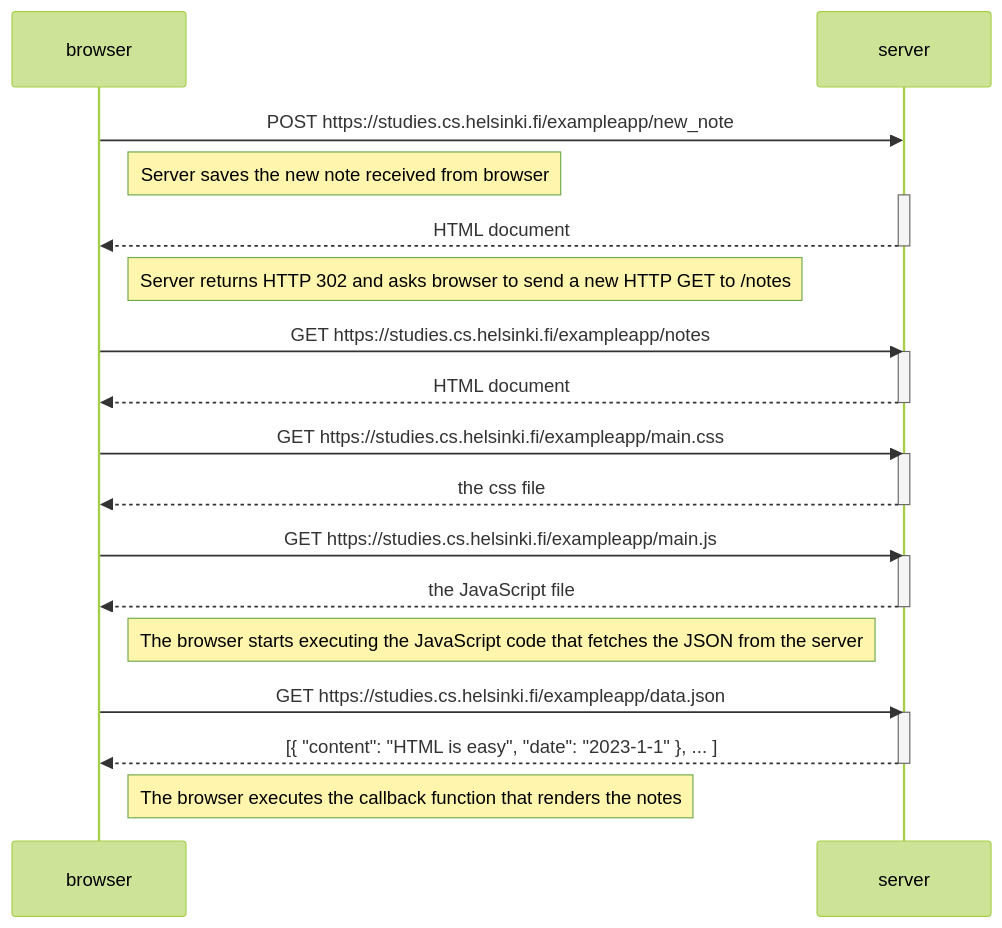
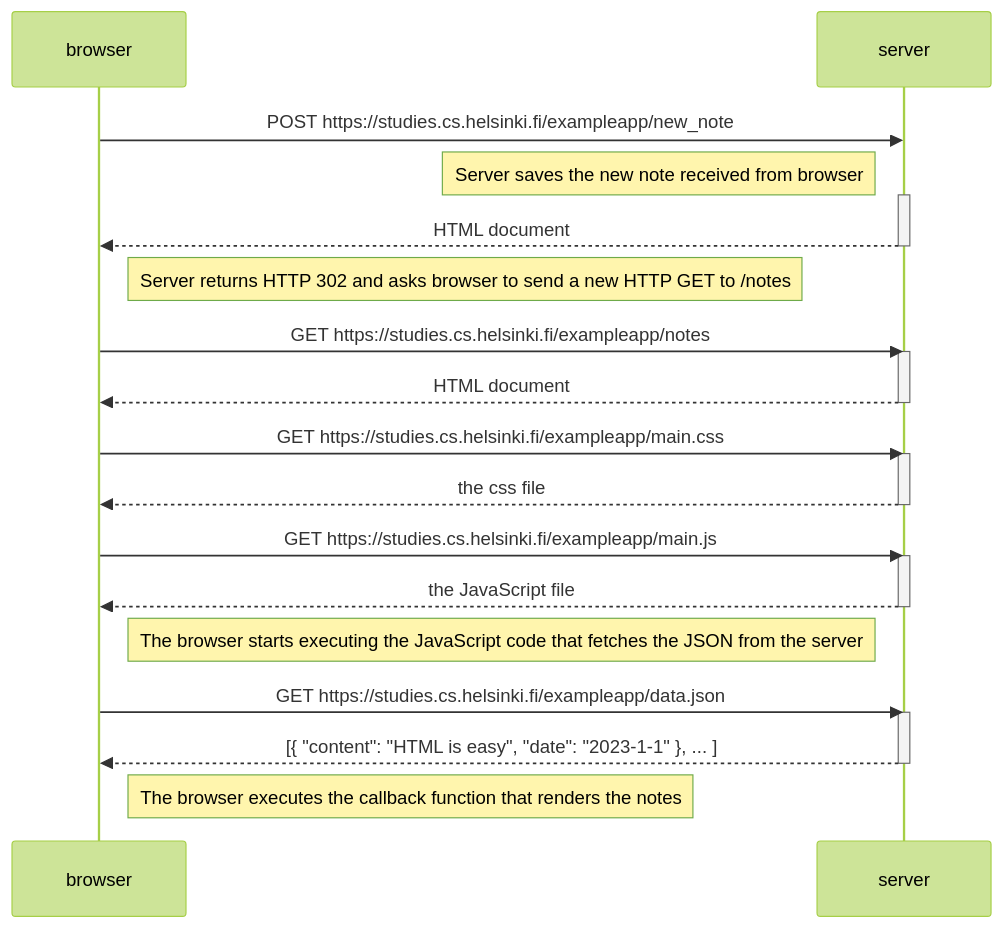
One commit to joonaspaavola/FullStackMOOC changed the diagram in Osa-0/0.4 Uusi muistiinpano.md. Above: the diagram before and after it, drawn with Mermaid (forest theme).

Commit message:
Update 0.4 Uusi muistiinpano.md

````diff
--- a/Osa-0/0.4 Uusi muistiinpano.md
+++ b/Osa-0/0.4 Uusi muistiinpano.md
@@ -1,39 +1,39 @@
 ```mermaid
 sequenceDiagram
     participant browser
     participant server
 
     browser->>server: POST https://studies.cs.helsinki.fi/exampleapp/new_note
 
-    Note right of browser: Server saves the new note received from browser
+    Note left of server: Server saves the new note received from browser
 
     activate server
     server-->>browser: HTML document
     deactivate server
 
     Note right of browser: Server returns HTTP 302 and asks browser to send a new HTTP GET to /notes
 
     browser->>server: GET https://studies.cs.helsinki.fi/exampleapp/notes
     activate server
     server-->>browser: HTML document
     deactivate server
     
     browser->>server: GET https://studies.cs.helsinki.fi/exampleapp/main.css
     activate server
     server-->>browser: the css file
     deactivate server
     
     browser->>server: GET https://studies.cs.helsinki.fi/exampleapp/main.js
     activate server
     server-->>browser: the JavaScript file
     deactivate server
 
     Note right of browser: The browser starts executing the JavaScript code that fetches the JSON from the server
     
     browser->>server: GET https://studies.cs.helsinki.fi/exampleapp/data.json
     activate server
     server-->>browser: [{ "content": "HTML is easy", "date": "2023-1-1" }, ... ]
     deactivate server    
 
     Note right of browser: The browser executes the callback function that renders the notes
 ```
````
